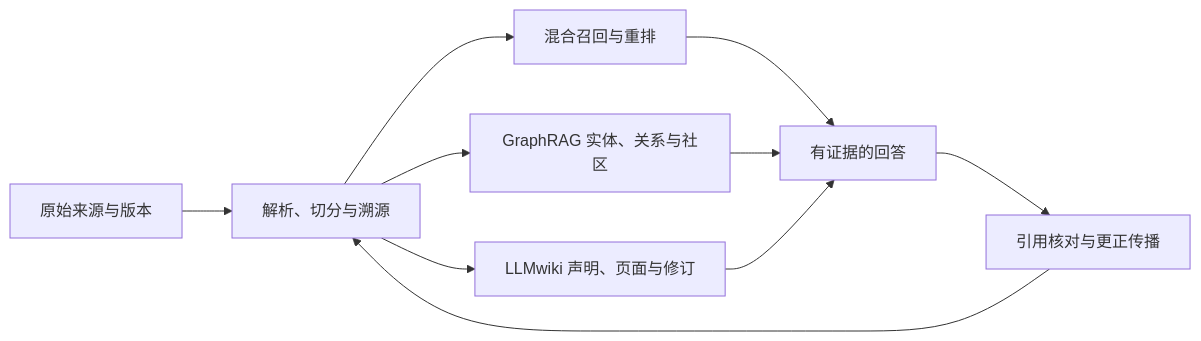
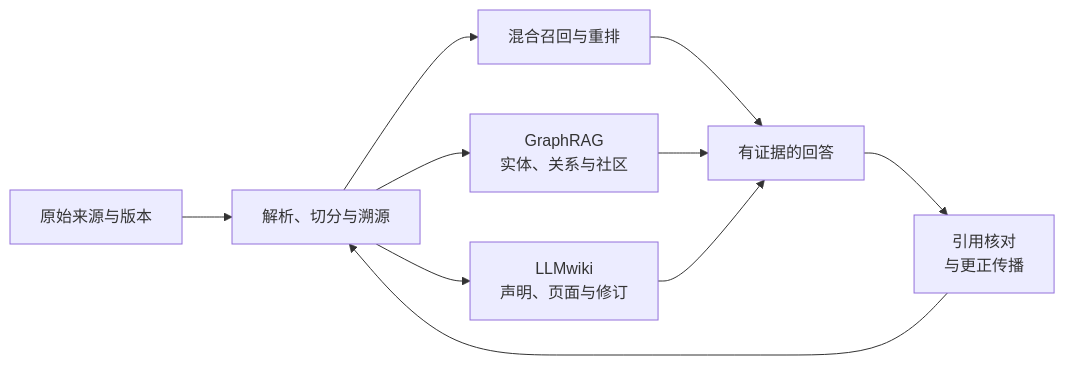
Before and after one commit to yanbozhang/llm-systems-wiki: the diagram in wiki/modules/知识库.md, drawn with Mermaid. The commit also changed other lines of this file and 44 other files, not shown here.

Commit message:
feat(diagrams): unify architecture visuals and diagram controls

````diff
--- a/wiki/modules/知识库.md
+++ b/wiki/modules/知识库.md
@@ -5,12 +12,12 @@
 ```mermaid
 flowchart LR
   Sources["原始来源与版本"] --> Ingestion["解析、切分与溯源"]
   Ingestion --> Retrieval["混合召回与重排"]
-  Ingestion --> Graph["GraphRAG 实体、关系与社区"]
-  Ingestion --> Wiki["LLMwiki 声明、页面与修订"]
+  Ingestion --> Graph["GraphRAG<br/>实体、关系与社区"]
+  Ingestion --> Wiki["LLMwiki<br/>声明、页面与修订"]
   Retrieval --> Answer["有证据的回答"]
   Graph --> Answer
   Wiki --> Answer
-  Answer --> Audit["引用核对与更正传播"]
+  Answer --> Audit["引用核对<br/>与更正传播"]
   Audit --> Ingestion
 ```
````
